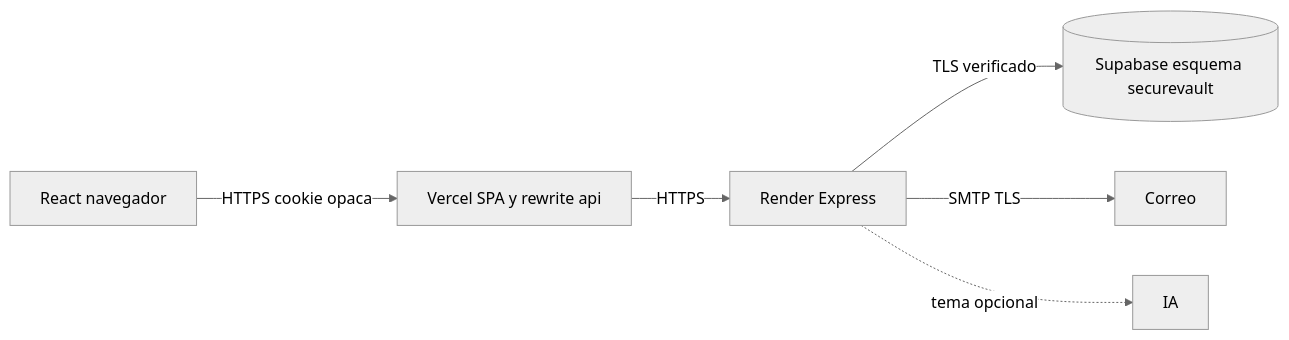
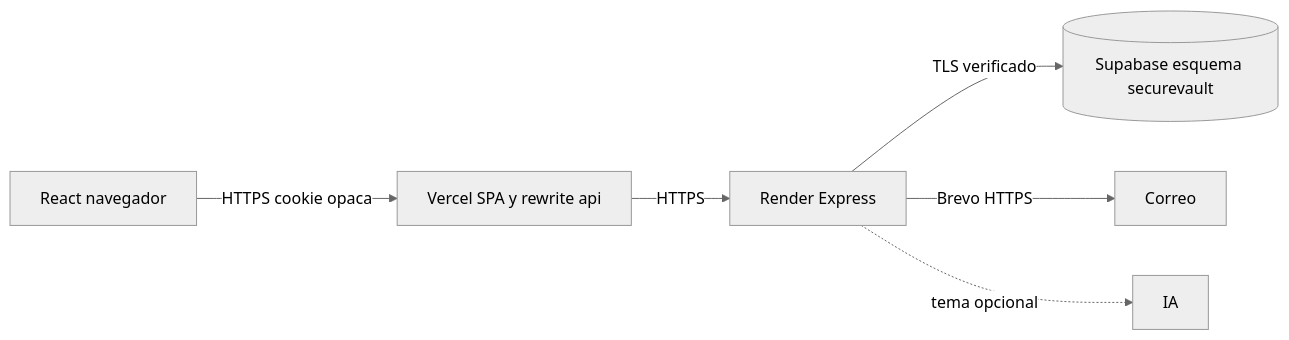
Before and after one commit to waynerfwdarauz08-byte/secure-vault: the diagram in docs/ARQUITECTURA.md, drawn with Mermaid (neutral theme). The commit also changed other lines of this file and 19 other files, not shown here.

````diff
--- a/docs/ARQUITECTURA.md
+++ b/docs/ARQUITECTURA.md
@@ -3,8 +3,8 @@
 ```mermaid
 flowchart LR
  B[React navegador] -->|HTTPS cookie opaca| V[Vercel SPA y rewrite api]
  V -->|HTTPS| R[Render Express]
  R -->|TLS verificado| D[(Supabase esquema securevault)]
- R -->|SMTP TLS| M[Correo]
+ R -->|Brevo HTTPS| M[Correo]
  R -. tema opcional .-> A[IA]
 ```
````
